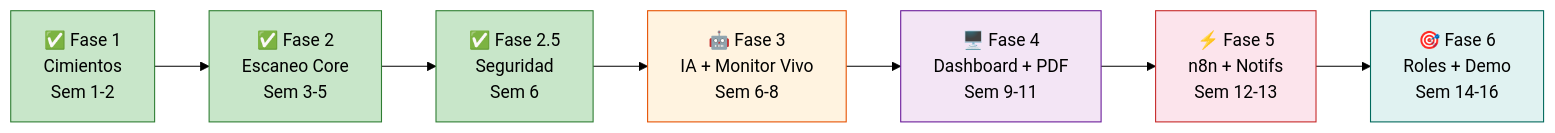
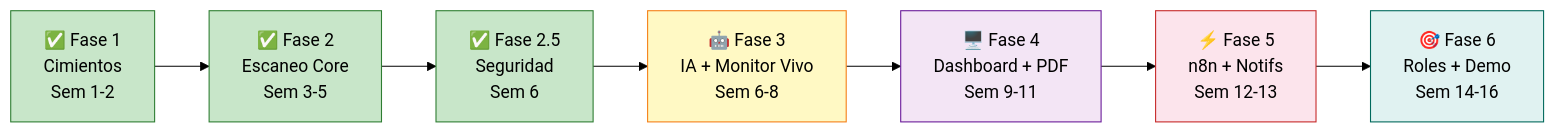
Before and after one commit to josuecova2708/taller-backend: the fourth of 4 diagrams in plan.md, drawn with Mermaid (forest theme). The commit also changed other lines of this file and 70 other files, not shown here.

````diff
--- a/plan.md
+++ b/plan.md
@@ -568,20 +608,20 @@
 ```mermaid
 flowchart LR
     F1["✅ Fase 1\nCimientos\nSem 1-2"]
     F2["✅ Fase 2\nEscaneo Core\nSem 3-5"]
     F25["✅ Fase 2.5\nSeguridad\nSem 6"]
     F3["🤖 Fase 3\nIA + Monitor Vivo\nSem 6-8"]
     F4["🖥️ Fase 4\nDashboard + PDF\nSem 9-11"]
     F5["⚡ Fase 5\nn8n + Notifs\nSem 12-13"]
     F6["🎯 Fase 6\nRoles + Demo\nSem 14-16"]
 
     F1 --> F2 --> F25 --> F3 --> F4 --> F5 --> F6
 
     style F1 fill:#c8e6c9,stroke:#2e7d32
     style F2 fill:#c8e6c9,stroke:#2e7d32
     style F25 fill:#c8e6c9,stroke:#2e7d32
-    style F3 fill:#fff3e0,stroke:#e65100
+    style F3 fill:#fff9c4,stroke:#f57f17
     style F4 fill:#f3e5f5,stroke:#6a1b9a
     style F5 fill:#fce4ec,stroke:#c62828
     style F6 fill:#e0f2f1,stroke:#00695c
 ```
````
